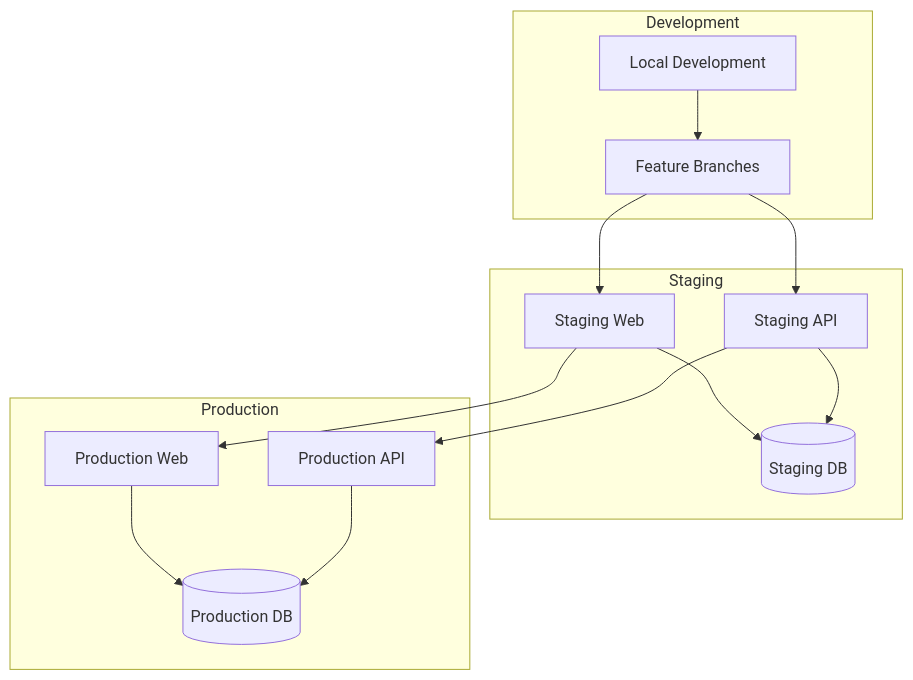
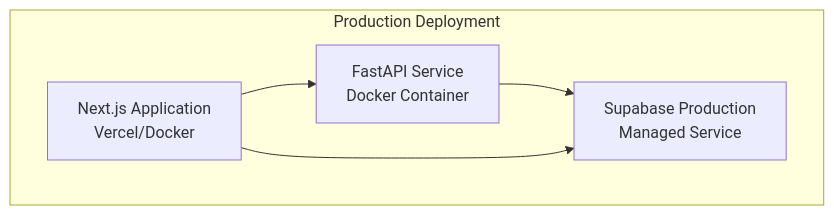
One commit to vibing-ai/sports-scribe changed the fifth of 5 diagrams in docs/architecture/system-overview.md. Above: the diagram before and after it, drawn with Mermaid. The commit also changed other lines of this file and 28 other files, not shown here.

````diff
--- a/docs/architecture/system-overview.md
+++ b/docs/architecture/system-overview.md
@@ -414,30 +221,12 @@
 ```mermaid
 graph TB
-    subgraph "Development"
-        DEV_LOCAL[Local Development]
-        DEV_BRANCH[Feature Branches]
+    subgraph "Production Deployment"
+        PROD_WEB[Next.js Application<br/>Vercel/Docker]
+        PROD_API[FastAPI Service<br/>Docker Container]
+        PROD_DB[Supabase Production<br/>Managed Service]
     end
 
-    subgraph "Staging"
-        STAGING_WEB[Staging Web]
-        STAGING_API[Staging API]
-        STAGING_DB[(Staging DB)]
-    end
-
-    subgraph "Production"
-        PROD_WEB[Production Web]
-        PROD_API[Production API]
-        PROD_DB[(Production DB)]
-    end
-
-    DEV_LOCAL --> DEV_BRANCH
-    DEV_BRANCH --> STAGING_WEB
-    DEV_BRANCH --> STAGING_API
-    STAGING_WEB --> STAGING_DB
-    STAGING_API --> STAGING_DB
-
-    STAGING_WEB --> PROD_WEB
-    STAGING_API --> PROD_API
+    PROD_WEB --> PROD_API
+    PROD_API --> PROD_DB
     PROD_WEB --> PROD_DB
-    PROD_API --> PROD_DB
 ```
````
